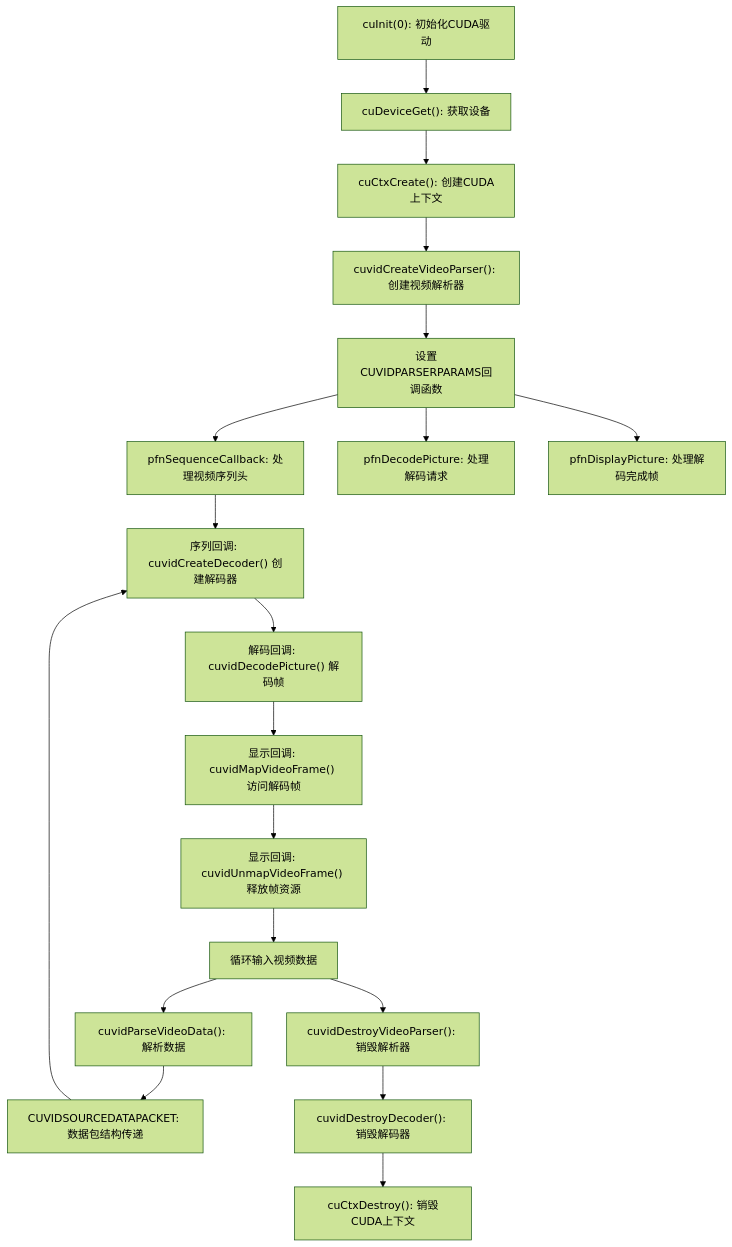
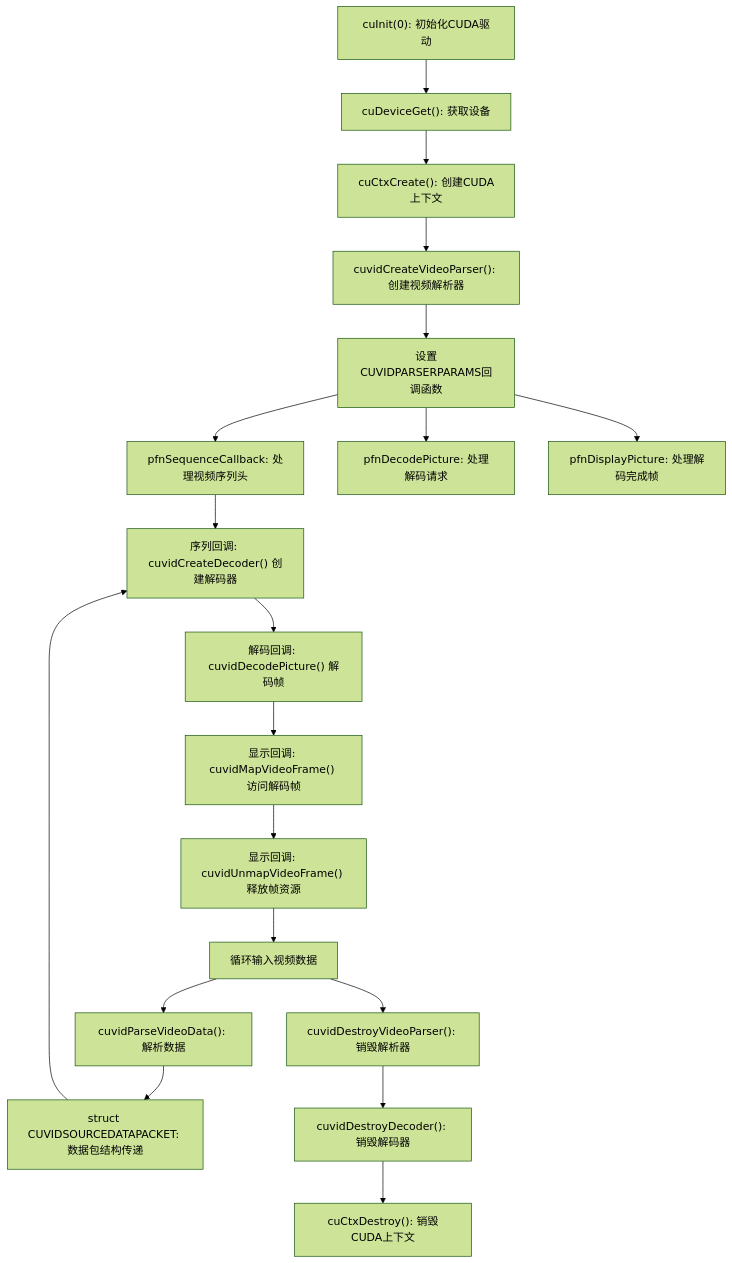
The diagram in docs/hami-core-cuvid.md (miaobyte/HAMi-core), drawn with Mermaid (forest theme) before and after one commit. The commit also changed other lines of this file, not shown here.

````diff
--- a/docs/hami-core-cuvid.md
+++ b/docs/hami-core-cuvid.md
@@ -48,50 +48,50 @@
 ```mermaid
 flowchart TD
     %% CUDA 初始化阶段
     A["cuInit(0): 初始化CUDA驱动"]
     B["cuDeviceGet(): 获取设备"]
     C["cuCtxCreate(): 创建CUDA上下文"]
 
     %% 视频解析器创建与回调设置
     D["cuvidCreateVideoParser(): 创建视频解析器"]
     E["设置CUVIDPARSERPARAMS回调函数"]
     E1["pfnSequenceCallback: 处理视频序列头"]
     E2["pfnDecodePicture: 处理解码请求"]
     E3["pfnDisplayPicture: 处理解码完成帧"]
 
     %% 解码器创建与解码流程
     F["序列回调: cuvidCreateDecoder() 创建解码器"]
     G["解码回调: cuvidDecodePicture() 解码帧"]
     H["显示回调: cuvidMapVideoFrame() 访问解码帧"]
     I["显示回调: cuvidUnmapVideoFrame() 释放帧资源"]
 
     %% 数据输入与解析
     J["循环输入视频数据"]
     K["cuvidParseVideoData(): 解析数据"]
-    L["CUVIDSOURCEDATAPACKET: 数据包结构传递"]
+    L["struct CUVIDSOURCEDATAPACKET: 数据包结构传递"]
 
     %% 资源销毁阶段
     M["cuvidDestroyVideoParser(): 销毁解析器"]
     N["cuvidDestroyDecoder(): 销毁解码器"]
     O["cuCtxDestroy(): 销毁CUDA上下文"]
 
     %% 流程连接
     A --> B
     B --> C
     C --> D
     D --> E
     E --> E1
     E --> E2
     E --> E3
     E1 --> F
     F --> G
     G --> H
     H --> I
     I --> J
     J --> K
     K --> L
     L --> F
     J --> M
     M --> N
     N --> O
 ```
````
